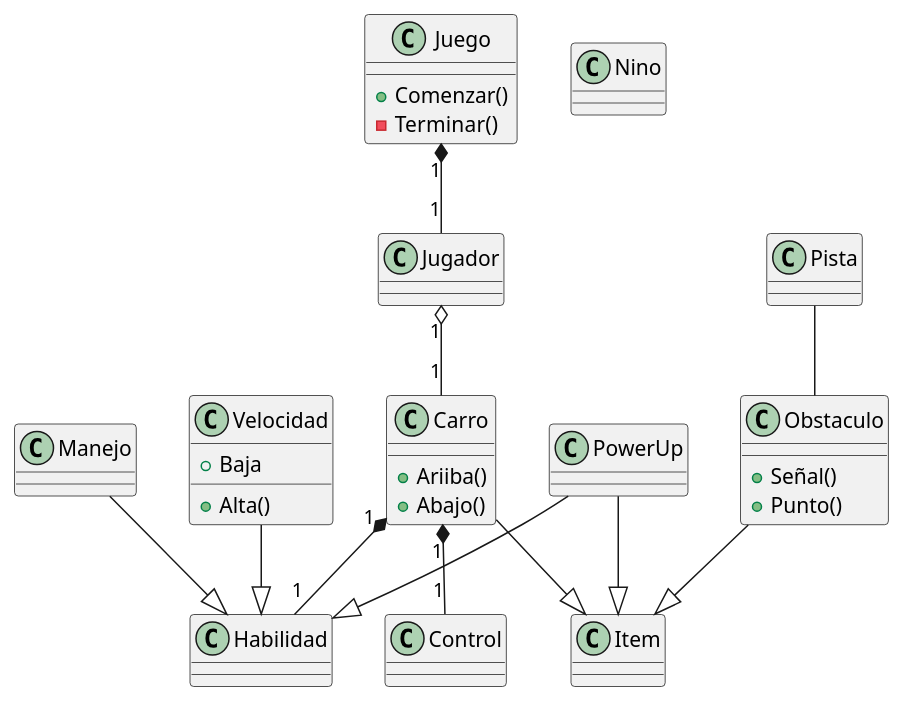
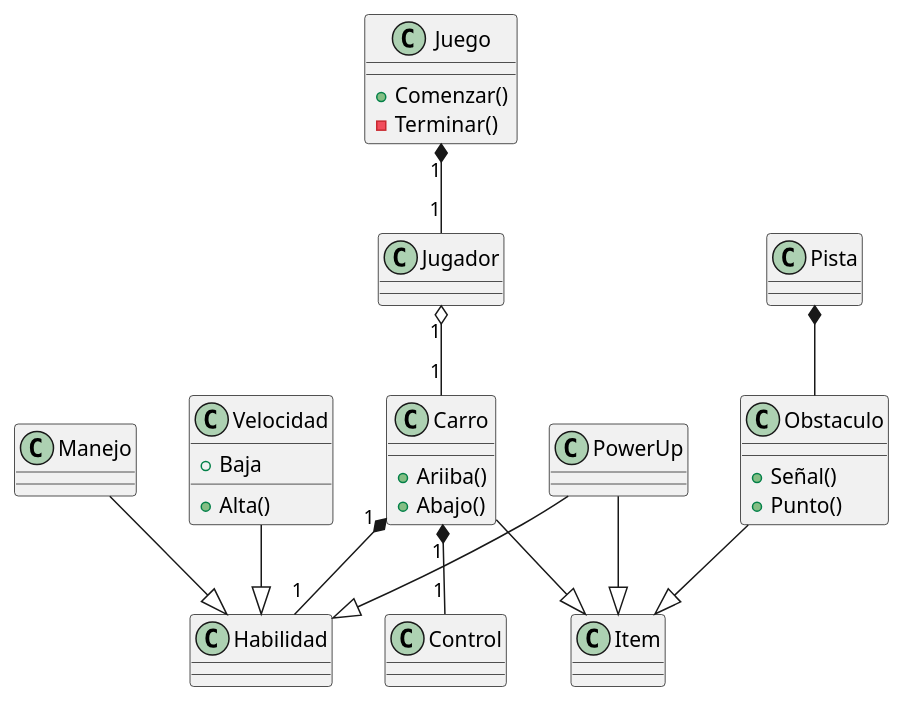
The diagram in docs/SpaceCar.puml (leofrancoceti/SpaceCar), drawn with PlantUML before and after one commit. The commit also changed 12 other files, not shown here.

```diff
--- a/docs/SpaceCar.puml
+++ b/docs/SpaceCar.puml
@@ -1,47 +1,46 @@
 @startuml SpaceCar
 
 class Juego{
     + Comenzar()
     - Terminar()
 }
 class Jugador
 class Habilidad
 
 class Velocidad{
     + Alta()
     + Baja
 }
 class Manejo
 
 class PowerUp
 class Item
 
 class Carro{
     + Ariiba()
     + Abajo()
 }
 class Obstaculo{
     + Señal()
     + Punto()
 }
 class Pista
 
-class Nino
 
 Juego "1" *-- "1" Jugador
 Jugador "1" o-- "1" Carro
 Carro "1" *-- "1" Habilidad
 Carro "1" *-- "1" Control
 
 Carro --|> Item
 PowerUp --|> Item
 Obstaculo --|> Item
 
 PowerUp --|> Habilidad
 Manejo --|> Habilidad
 Velocidad --|> Habilidad
 
-Pista -- Obstaculo
+Pista *-- Obstaculo
 
 
 @enduml
```
